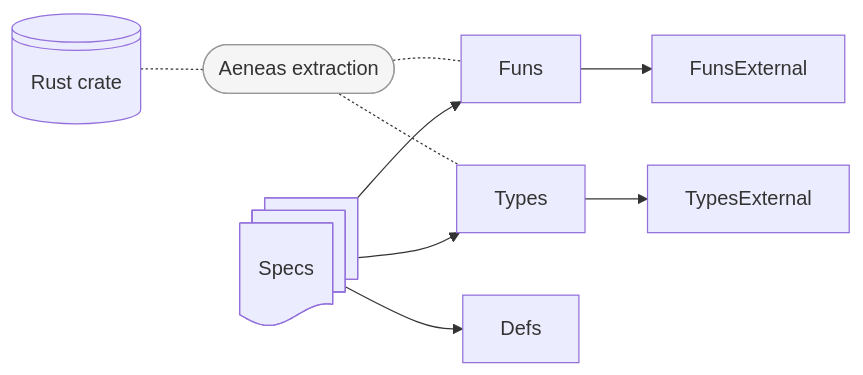
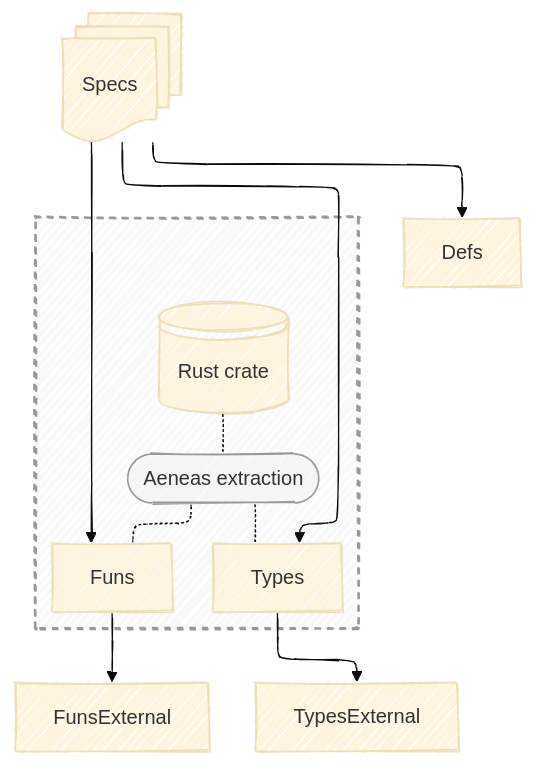
Before and after one commit to Beneficial-AI-Foundation/curve25519-dalek-lean-verify: the diagram in site/diagram-preview.md, drawn with Mermaid.

Commit message:
looking ok

````diff
--- a/site/diagram-preview.md
+++ b/site/diagram-preview.md
@@ -3,23 +3,35 @@
 ```mermaid
-flowchart LR
-    A@{ shape: lin-cyl, label: "Rust crate" }
-    AE@{ shape: stadium, label: "Aeneas extraction" }
+---
+config:
+  layout: elk
+  look: handDrawn
+  theme: base
+---
+flowchart TD
+    subgraph extraction [" "]
+        direction TB
+        A@{ shape: lin-cyl, label: "Rust crate" }
+        AE@{ shape: stadium, label: "Aeneas extraction" }
+        B[Funs]
+        C[Types]
 
-    A -.- AE
-    AE -.- B[Funs]
-    AE -.- C[Types]
+        A -.- AE
+        AE -.- B
+        AE -.- C
+    end
 
     D[FunsExternal]
     E[TypesExternal]
+    F[Defs]
+    G@{ shape: docs, label: "Specs" }
 
     B --> D
     C --> E
 
     G --> B
     G --> C
-    G --> F[Defs]
-
-    G@{ shape: docs, label: "Specs" }
+    G --> F
 
     style AE fill:#f5f5f5,stroke:#999
+    style extraction fill:#f9f9f9,stroke:#999,stroke-width:2px,stroke-dasharray: 5 5
 ```
````
